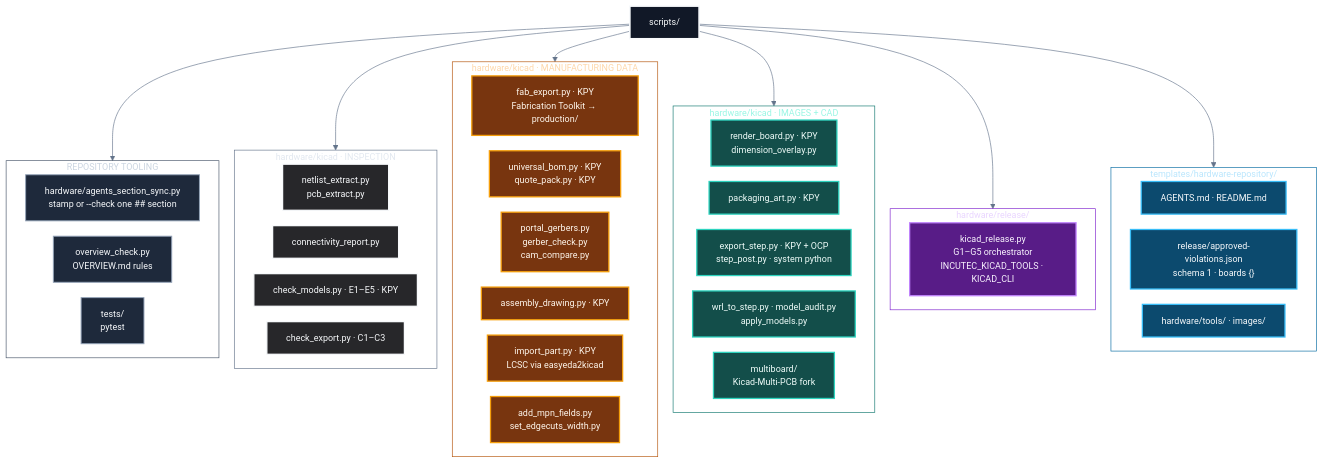
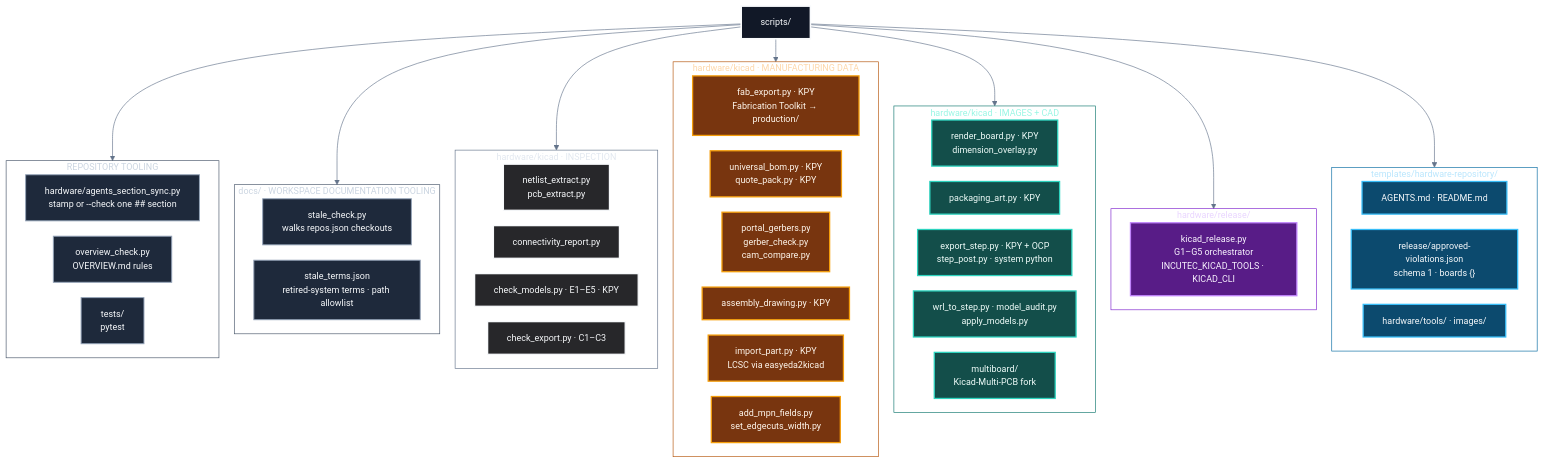
The second of 7 diagrams in OVERVIEW.md (incutec-org/hardware-tooling), drawn with Mermaid before and after one commit. The commit also changed 5 other files, not shown here.

First line of the commit message:
Add stale_check.py, a workspace documentation de-biasing scanner (#5)

```diff
--- a/OVERVIEW.md
+++ b/OVERVIEW.md
@@ -43,6 +43,7 @@
     ROOT["scripts/"]
 
     ROOT --> META
+    ROOT --> DOCS
     ROOT --> INSPECT
     ROOT --> FAB
     ROOT --> MEDIA
@@ -54,6 +55,12 @@
         A1["hardware/agents_section_sync.py<br/>stamp or --check one ## section"]
         A2["overview_check.py<br/>OVERVIEW.md rules"]
         A3["tests/<br/>pytest"]
+    end
+
+    subgraph DOCS["docs/ · WORKSPACE DOCUMENTATION TOOLING"]
+        direction LR
+        D1["stale_check.py<br/>walks repos.json checkouts"]
+        D2["stale_terms.json<br/>retired-system terms · path allowlist"]
     end
 
     subgraph INSPECT["hardware/kicad · INSPECTION"]
@@ -105,6 +112,7 @@
 
     class ROOT root;
     class A1,A2,A3 meta;
+    class D1,D2 meta;
     class I1,I2,I3,I4 inspect;
     class F1,F2,F3,F4,F5,F6 fab;
     class M1,M2,M3,M4,M5 media;
@@ -112,6 +120,7 @@
     class T1,T2,T3 tpl;
 
     style META fill:transparent,stroke:#475569,color:#cbd5e1;
+    style DOCS fill:transparent,stroke:#475569,color:#cbd5e1;
     style INSPECT fill:transparent,stroke:#64748b,color:#e2e8f0;
     style FAB fill:transparent,stroke:#b45309,color:#fed7aa;
     style MEDIA fill:transparent,stroke:#0f766e,color:#99f6e4;
```
